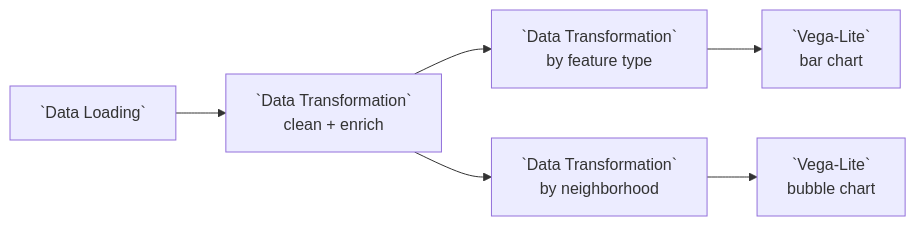
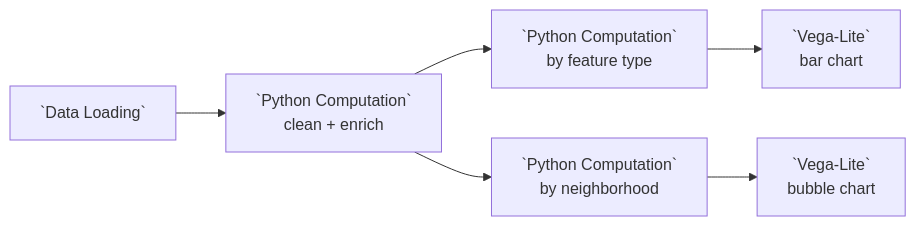
The diagram in docs/examples/01-vega-lite-chained-transforms.md (urban-toolkit/curio), drawn with Mermaid before and after one commit. The commit also changed other lines of this file and 51 other files, not shown here.

Commit message:
Shipped dataflows and their fixtures use Python Computation

````diff
--- a/docs/examples/01-vega-lite-chained-transforms.md
+++ b/docs/examples/01-vega-lite-chained-transforms.md
@@ -7,6 +7,6 @@
 ```mermaid
 flowchart LR
-  L[`Data Loading`] --> C[`Data Transformation`<br/>clean + enrich]
-  C --> F[`Data Transformation`<br/>by feature type] --> VF[`Vega-Lite`<br/>bar chart]
-  C --> N[`Data Transformation`<br/>by neighborhood] --> VN[`Vega-Lite`<br/>bubble chart]
+  L[`Data Loading`] --> C[`Python Computation`<br/>clean + enrich]
+  C --> F[`Python Computation`<br/>by feature type] --> VF[`Vega-Lite`<br/>bar chart]
+  C --> N[`Python Computation`<br/>by neighborhood] --> VN[`Vega-Lite`<br/>bubble chart]
 ```
````
